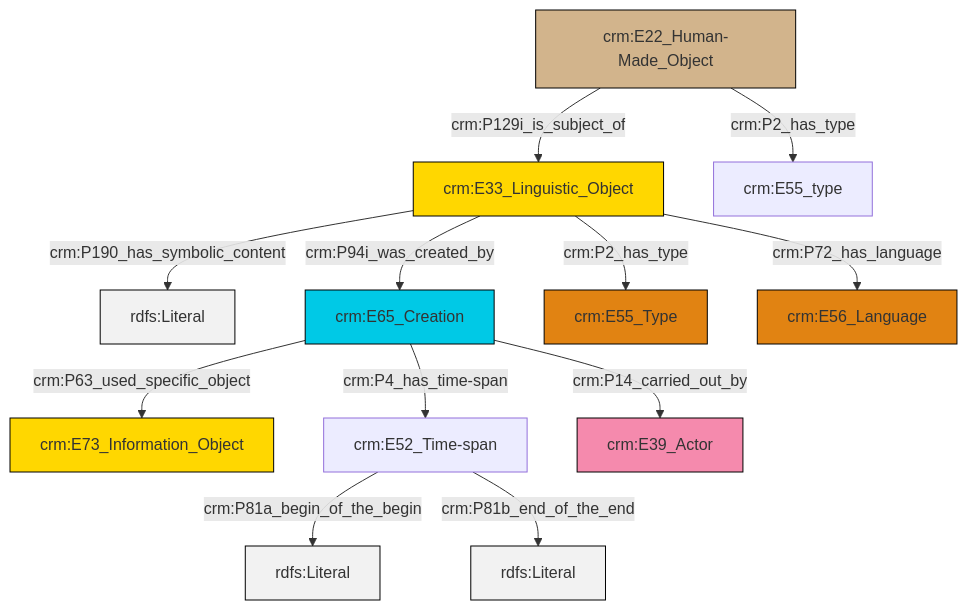
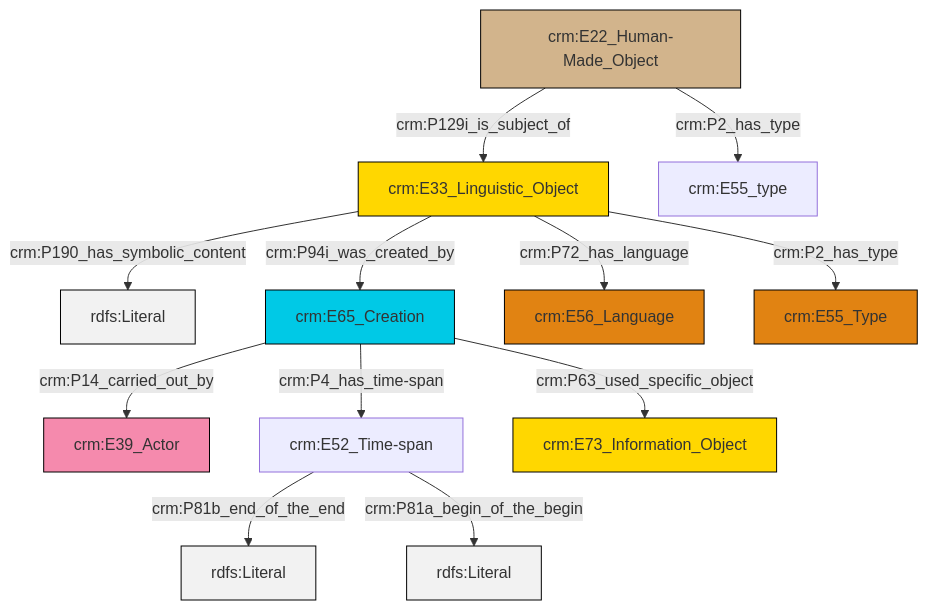
Before and after one commit to swiss-art-research-net/docs.swissartresearch: the diagram in et/builtWorkCSV/ttl/mmd/Built_Work_description.ttl.mmd, drawn with Mermaid. The commit also changed 177 other files, not shown here.

```diff
--- a/et/builtWorkCSV/ttl/mmd/Built_Work_description.ttl.mmd
+++ b/et/builtWorkCSV/ttl/mmd/Built_Work_description.ttl.mmd
@@ -1,26 +1,26 @@
 graph TD
 classDef Literal fill:#f2f2f2,stroke:#000000;
 classDef CRM_Entity fill:#FFFFFF,stroke:#000000;
 classDef Temporal_Entity fill:#00C9E6, stroke:#000000;
 classDef Type fill:#E18312, stroke:#000000;
 classDef Time-Span fill:#2C9C91, stroke:#000000;
 classDef Appellation fill:#FFEB7F, stroke:#000000;
 classDef Place fill:#008836, stroke:#000000;
 classDef Persistent_Item fill:#B266B2, stroke:#000000;
 classDef Conceptual_Object fill:#FFD700, stroke:#000000;
 classDef Physical_Thing fill:#D2B48C, stroke:#000000;
 classDef Actor fill:#f58aad, stroke:#000000;
 classDef PC_Classes fill:#4ce600, stroke:#000000;
 classDef Multi fill:#cccccc,stroke:#000000;
 
-0["crm:E33_Linguistic_Object"]:::Conceptual_Object -->|crm:P190_has_symbolic_content| 1[rdfs:Literal]:::Literal
-2["crm:E22_Human-Made_Object"]:::Physical_Thing -->|crm:P129i_is_subject_of| 0["crm:E33_Linguistic_Object"]:::Conceptual_Object
-3["crm:E65_Creation"]:::Temporal_Entity -->|crm:P63_used_specific_object| 4["crm:E73_Information_Object"]:::Conceptual_Object
-0["crm:E33_Linguistic_Object"]:::Conceptual_Object -->|crm:P2_has_type| 5["crm:E55_Type"]:::Type
-0["crm:E33_Linguistic_Object"]:::Conceptual_Object -->|crm:P72_has_language| 6["crm:E56_Language"]:::Type
-0["crm:E33_Linguistic_Object"]:::Conceptual_Object -->|crm:P94i_was_created_by| 3["crm:E65_Creation"]:::Temporal_Entity
-7["crm:E52_Time-span"]:::Default -->|crm:P81a_begin_of_the_begin| 10[rdfs:Literal]:::Literal
-7["crm:E52_Time-span"]:::Default -->|crm:P81b_end_of_the_end| 13[rdfs:Literal]:::Literal
-2["crm:E22_Human-Made_Object"]:::Physical_Thing -->|crm:P2_has_type| 11["crm:E55_type"]:::Default
-3["crm:E65_Creation"]:::Temporal_Entity -->|crm:P4_has_time-span| 7["crm:E52_Time-span"]:::Default
-3["crm:E65_Creation"]:::Temporal_Entity -->|crm:P14_carried_out_by| 14["crm:E39_Actor"]:::Actor
+2["crm:E33_Linguistic_Object"]:::Conceptual_Object -->|crm:P190_has_symbolic_content| 3[rdfs:Literal]:::Literal
+4["crm:E22_Human-Made_Object"]:::Physical_Thing -->|crm:P129i_is_subject_of| 2["crm:E33_Linguistic_Object"]:::Conceptual_Object
+5["crm:E65_Creation"]:::Temporal_Entity -->|crm:P4_has_time-span| 6["crm:E52_Time-span"]:::Default
+5["crm:E65_Creation"]:::Temporal_Entity -->|crm:P63_used_specific_object| 8["crm:E73_Information_Object"]:::Conceptual_Object
+2["crm:E33_Linguistic_Object"]:::Conceptual_Object -->|crm:P2_has_type| 15["crm:E55_Type"]:::Type
+6["crm:E52_Time-span"]:::Default -->|crm:P81b_end_of_the_end| 16[rdfs:Literal]:::Literal
+2["crm:E33_Linguistic_Object"]:::Conceptual_Object -->|crm:P72_has_language| 12["crm:E56_Language"]:::Type
+5["crm:E65_Creation"]:::Temporal_Entity -->|crm:P14_carried_out_by| 0["crm:E39_Actor"]:::Actor
+4["crm:E22_Human-Made_Object"]:::Physical_Thing -->|crm:P2_has_type| 10["crm:E55_type"]:::Default
+2["crm:E33_Linguistic_Object"]:::Conceptual_Object -->|crm:P94i_was_created_by| 5["crm:E65_Creation"]:::Temporal_Entity
+6["crm:E52_Time-span"]:::Default -->|crm:P81a_begin_of_the_begin| 20[rdfs:Literal]:::Literal
```
